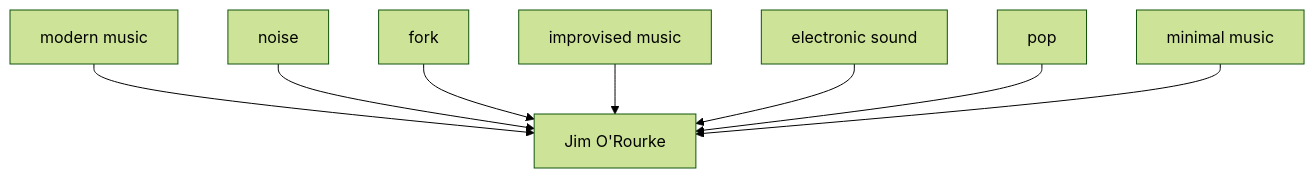
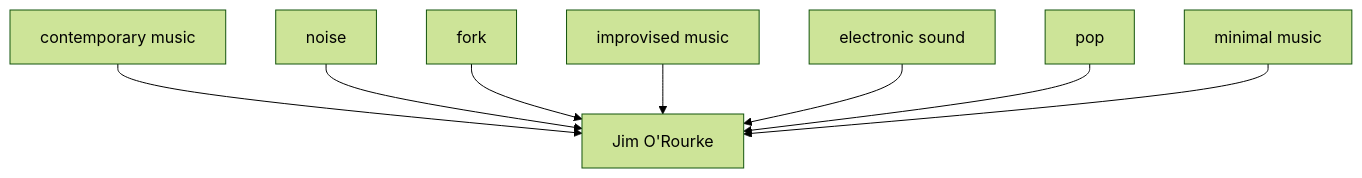
One commit to monumental-movement/monumental-movement.github.io changed the first of 7 diagrams in en/_posts/2026-05-24-column-jim-o-rourke.md. Above: the diagram before and after it, drawn with Mermaid (forest theme). The commit also changed other lines of this file and 423 other files, not shown here.

```diff
--- a/en/_posts/2026-05-24-column-jim-o-rourke.md
+++ b/en/_posts/2026-05-24-column-jim-o-rourke.md
@@ -64,10 +64,10 @@
 <div class="mermaid">
 graph TD
-A[modern music] --> D[Jim O'Rourke]
+A[contemporary music] --> D[Jim O'Rourke]
 B[noise] --> D
 C[fork] --> D
 E[improvised music] --> D
 F[electronic sound] --> D
 G[pop] --> D
 H[minimal music] --> D
 </div>
```
